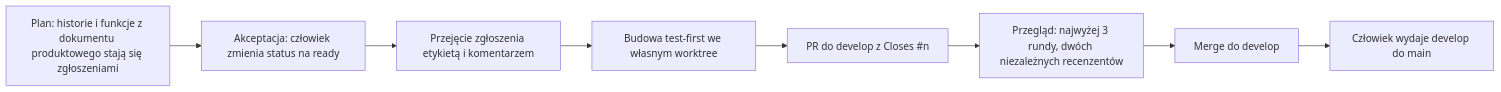
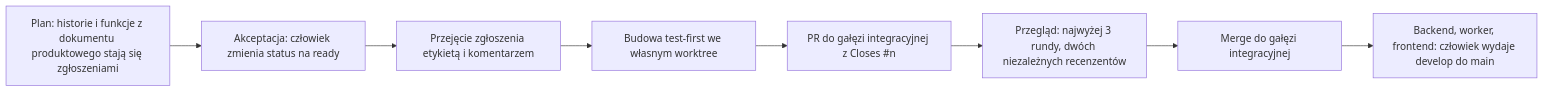
One commit to Meritum-HackNation2026/meritum-docs changed the diagram in docs/wspoltworzenie.md. Above: the diagram before and after it, drawn with Mermaid. The commit also changed other lines of this file and 8 other files, not shown here.

````diff
--- a/docs/wspoltworzenie.md
+++ b/docs/wspoltworzenie.md
@@ -11,10 +11,10 @@
 ```mermaid
 flowchart LR
   plan["Plan: historie i funkcje z dokumentu produktowego stają się zgłoszeniami"] --> accept["Akceptacja: człowiek zmienia status na ready"]
   accept --> claim["Przejęcie zgłoszenia etykietą i komentarzem"]
   claim --> build["Budowa test-first we własnym worktree"]
-  build --> pr["PR do develop z Closes #n"]
+  build --> pr["PR do gałęzi integracyjnej z Closes #n"]
   pr --> review["Przegląd: najwyżej 3 rundy, dwóch niezależnych recenzentów"]
-  review --> merge["Merge do develop"]
-  merge --> release["Człowiek wydaje develop do main"]
+  review --> merge["Merge do gałęzi integracyjnej"]
+  merge --> release["Backend, worker, frontend: człowiek wydaje develop do main"]
 ```
````
